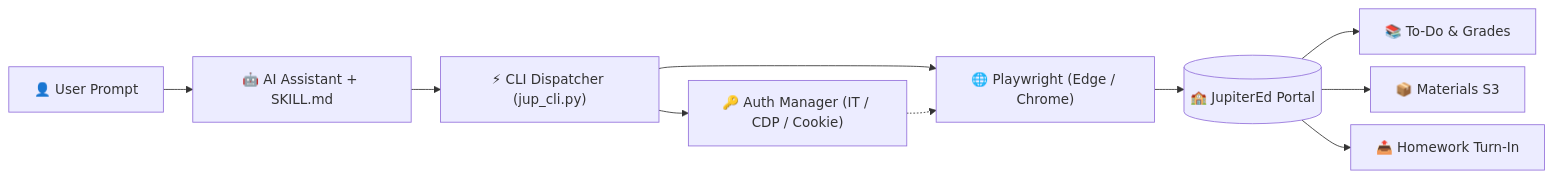
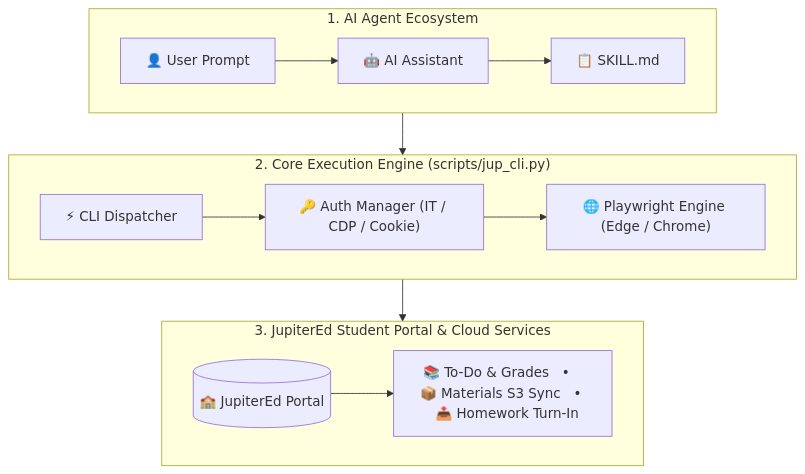
Before and after one commit to NMDX0721/jupitered-skills: the diagram in README.md, drawn with Mermaid. The commit also changed 1 other file, not shown here.

Commit message:
docs: use 3-tier widescreen layout to completely eliminate UI overlap

````diff
--- a/README.md
+++ b/README.md
@@ -58,19 +58,19 @@
 ```mermaid
-%%{init: {
-  "flowchart": {
-    "diagramPadding": 45,
-    "nodeSpacing": 15,
-    "rankSpacing": 35
-  }
-}}%%
-flowchart LR
-    User["👤 User Prompt"] --> Agent["🤖 AI Assistant + SKILL.md"]
-    Agent --> CLI["⚡ CLI Dispatcher (jup_cli.py)"]
-    CLI --> Auth["🔑 Auth Manager (IT / CDP / Cookie)"]
-    CLI --> Browser["🌐 Playwright (Edge / Chrome)"]
-    Auth -.-> Browser
-    Browser --> Portal[("🏫 JupiterEd Portal")]
-    Portal --> ToDo["📚 To-Do & Grades"]
-    Portal --> Mat["📦 Materials S3"]
-    Portal --> TurnIn["📤 Homework Turn-In"]
+flowchart TD
+    subgraph L1 ["1. AI Agent Ecosystem"]
+        direction LR
+        User["👤 User Prompt"] --> Agent["🤖 AI Assistant"] --> Skill["📋 SKILL.md"]
+    end
+    
+    subgraph L2 ["2. Core Execution Engine (scripts/jup_cli.py)"]
+        direction LR
+        CLI["⚡ CLI Dispatcher"] --> Auth["🔑 Auth Manager (IT / CDP / Cookie)"] --> Browser["🌐 Playwright Engine (Edge / Chrome)"]
+    end
+
+    subgraph L3 ["3. JupiterEd Student Portal & Cloud Services"]
+        direction LR
+        Portal[("🏫 JupiterEd Portal")] --> Actions["📚 To-Do & Grades   •   📦 Materials S3 Sync   •   📤 Homework Turn-In"]
+    end
+
+    L1 --> L2 --> L3
 ```
````
